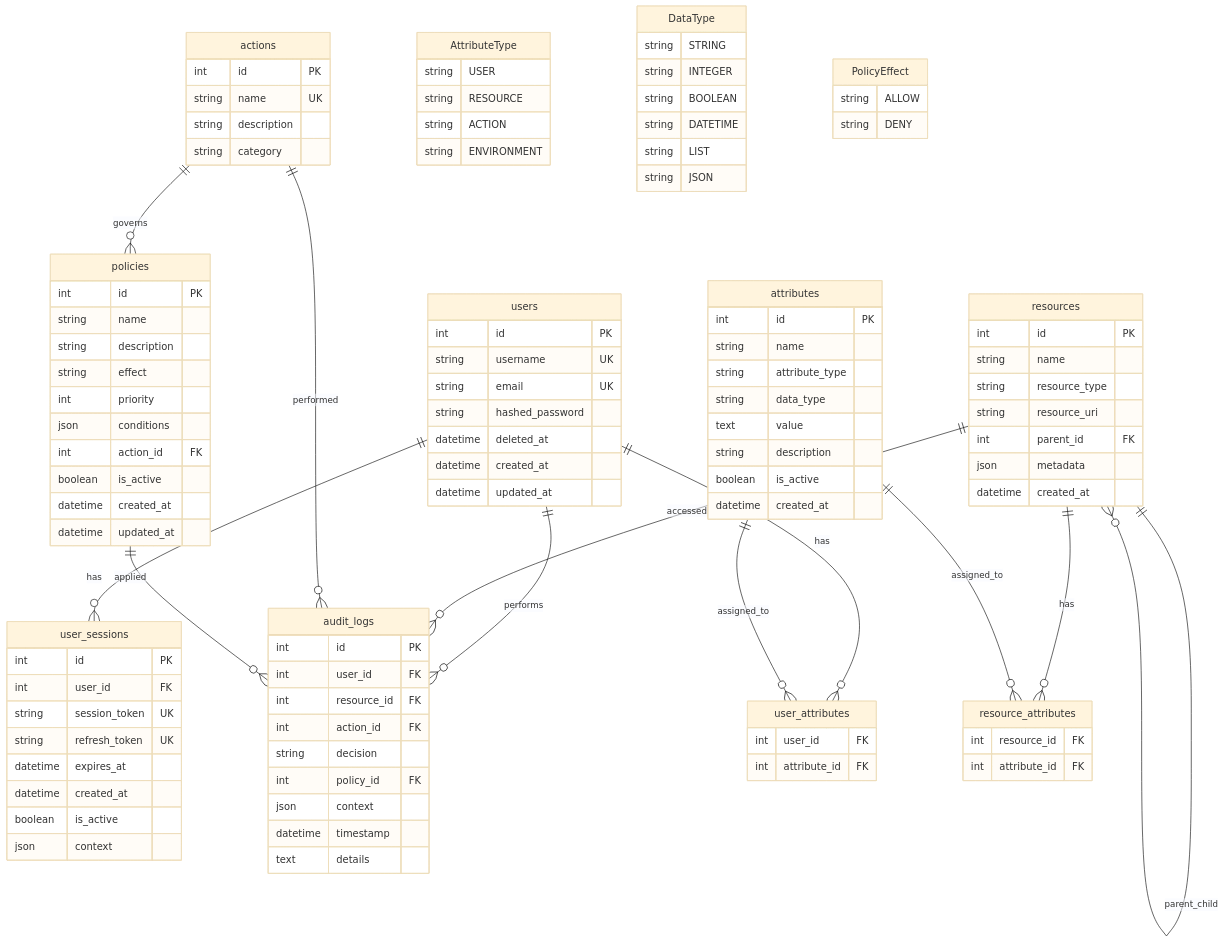
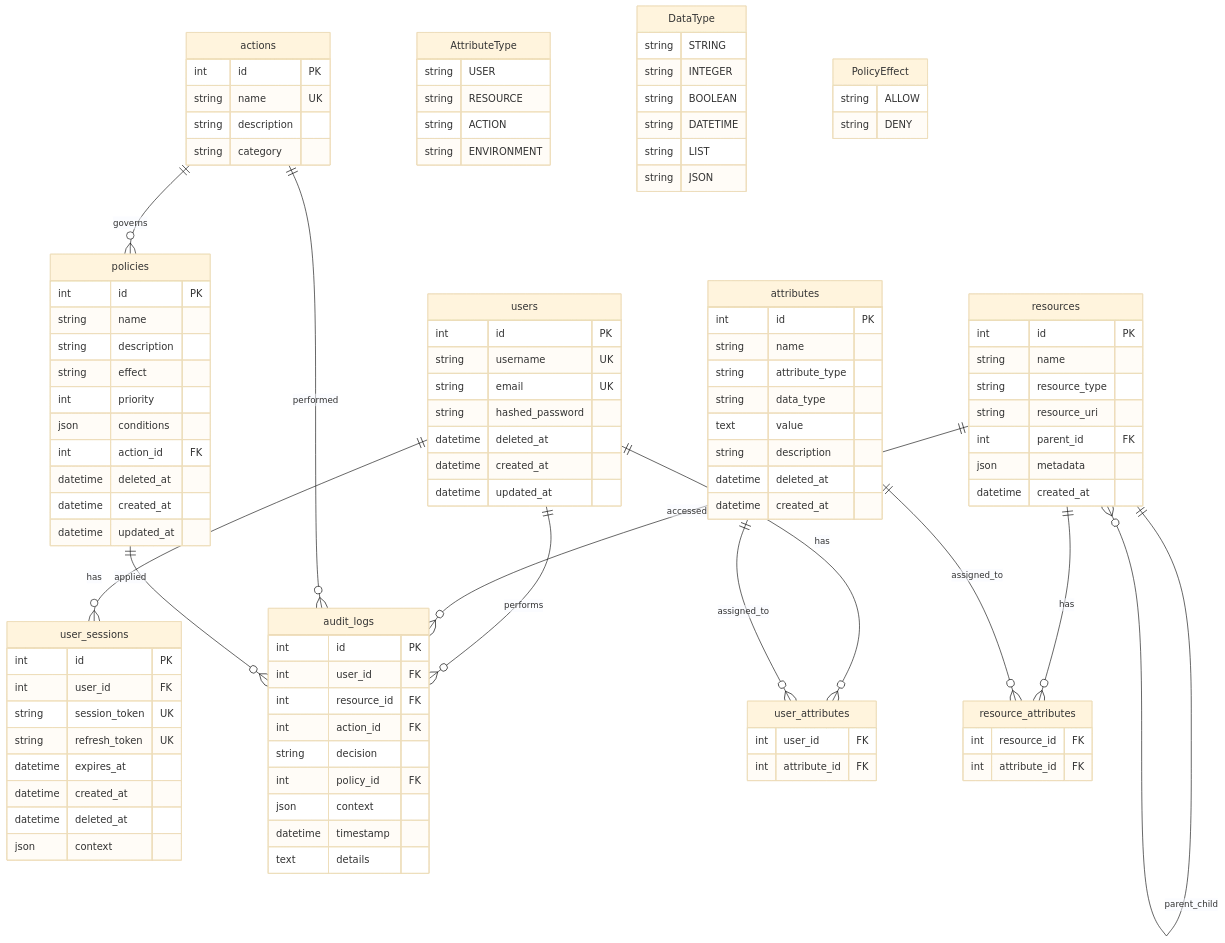
The diagram in docs/erd.md (SidharthArya/fastset), drawn with Mermaid (base theme) before and after one commit. The commit also changed 1 other file, not shown here.

```diff
--- a/docs/erd.md
+++ b/docs/erd.md
@@ -39,7 +39,7 @@
         string data_type
         text value
         string description
-        boolean is_active
+        datetime deleted_at
         datetime created_at
     }
 
@@ -51,7 +51,7 @@
         int priority
         json conditions
         int action_id FK
-        boolean is_active
+        datetime deleted_at
         datetime created_at
         datetime updated_at
     }
@@ -63,7 +63,7 @@
         string refresh_token UK
         datetime expires_at
         datetime created_at
-        boolean is_active
+        datetime deleted_at
         json context
     }
 
```
